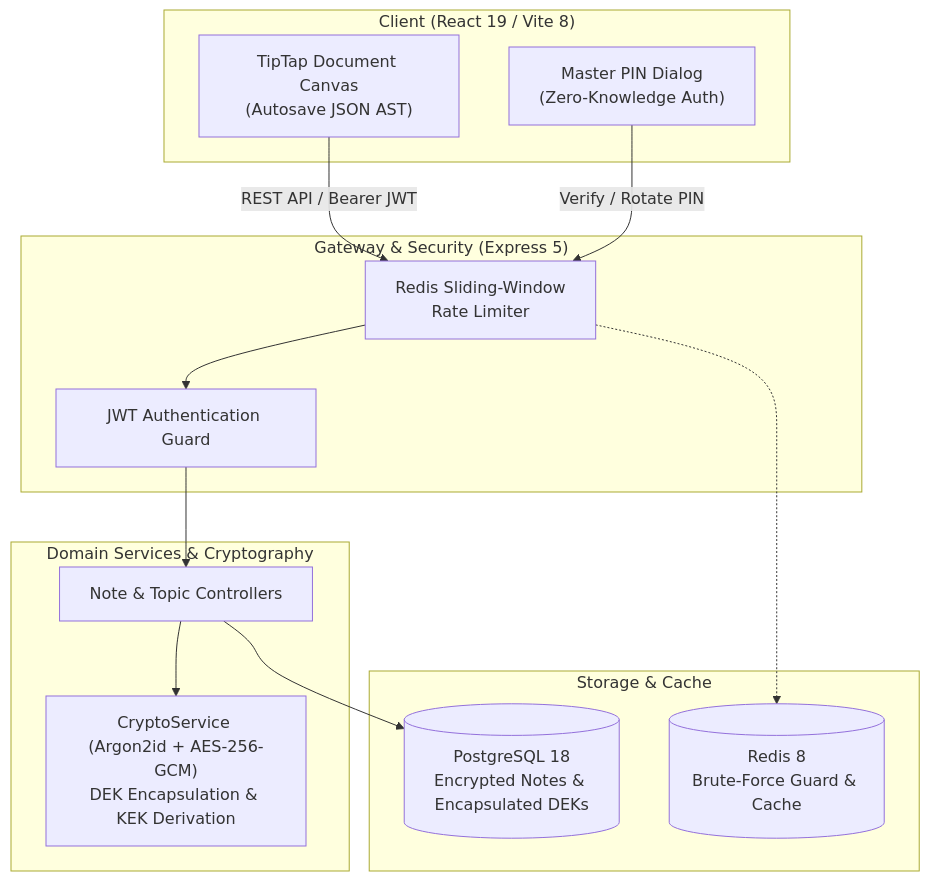
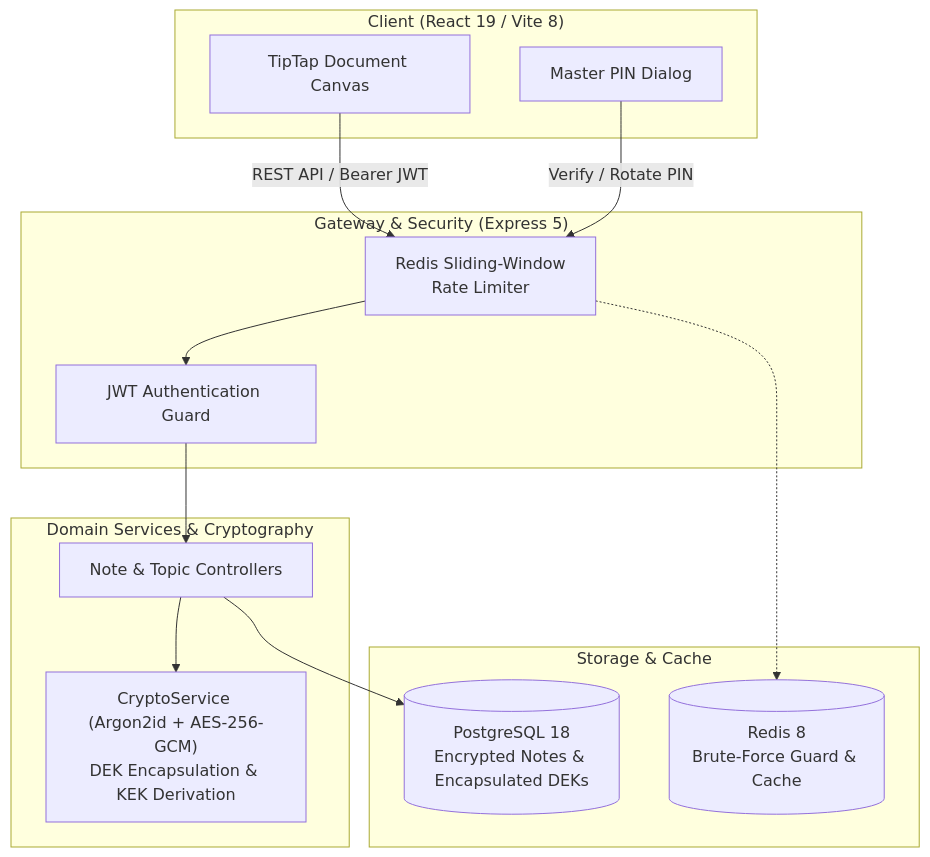
Before and after one commit to DuongDevv/Note-Vault: the diagram in README.md, drawn with Mermaid. The commit also changed other lines of this file and 2 other files, not shown here.

````diff
--- a/README.md
+++ b/README.md
@@ -25,30 +41,30 @@
 ```mermaid
 flowchart TD
     subgraph Client ["Client (React 19 / Vite 8)"]
-        Canvas["TipTap Document Canvas<br/>(Autosave JSON AST)"]
-        PINModal["Master PIN Dialog<br/>(Zero-Knowledge Auth)"]
+        Canvas["TipTap Document Canvas"]
+        PINModal["Master PIN Dialog"]
     end
 
     subgraph Gateway ["Gateway & Security (Express 5)"]
         RateLimiter["Redis Sliding-Window<br/>Rate Limiter"]
         AuthGuard["JWT Authentication Guard"]
     end
 
     subgraph Crypto ["Domain Services & Cryptography"]
         CryptoSvc["CryptoService (Argon2id + AES-256-GCM)<br/>DEK Encapsulation & KEK Derivation"]
         NoteCtrl["Note & Topic Controllers"]
     end
 
     subgraph Storage ["Storage & Cache"]
         Postgres[("PostgreSQL 18<br/>Encrypted Notes & Encapsulated DEKs")]
         Redis[("Redis 8<br/>Brute-Force Guard & Cache")]
     end
 
     Canvas -->|"REST API / Bearer JWT"| RateLimiter
     PINModal -->|"Verify / Rotate PIN"| RateLimiter
     RateLimiter --> AuthGuard
     RateLimiter -.-> Redis
     AuthGuard --> NoteCtrl
     NoteCtrl --> CryptoSvc
     NoteCtrl --> Postgres
 ```
````
